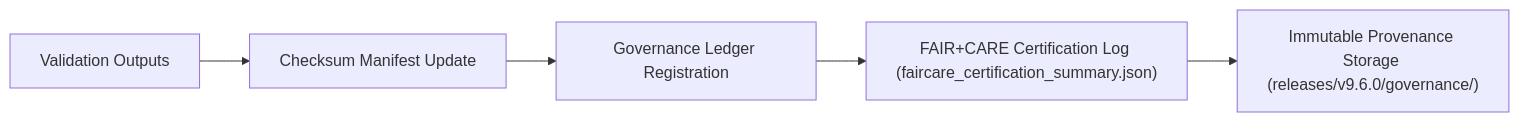
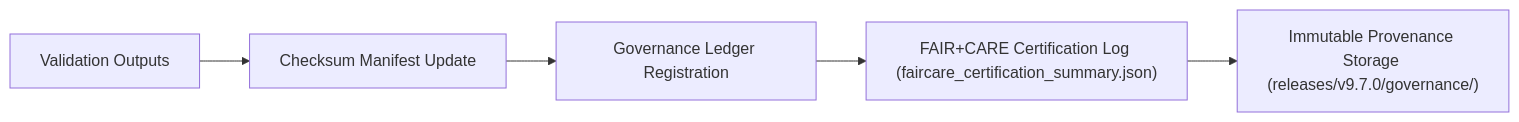
Before and after one commit to bartytime4life/Kansas-Frontier-Matrix: the second of 2 diagrams in docs/architecture/validation-framework.md, drawn with Mermaid. The commit also changed other lines of this file, not shown here.

````diff
--- a/docs/architecture/validation-framework.md
+++ b/docs/architecture/validation-framework.md
@@ -128,7 +128,7 @@
 ```mermaid
 flowchart LR
     A["Validation Outputs"] --> B["Checksum Manifest Update"]
     B --> C["Governance Ledger Registration"]
     C --> D["FAIR+CARE Certification Log (faircare_certification_summary.json)"]
-    D --> E["Immutable Provenance Storage (releases/v9.6.0/governance/)"]
+    D --> E["Immutable Provenance Storage (releases/v9.7.0/governance/)"]
 ```
````
